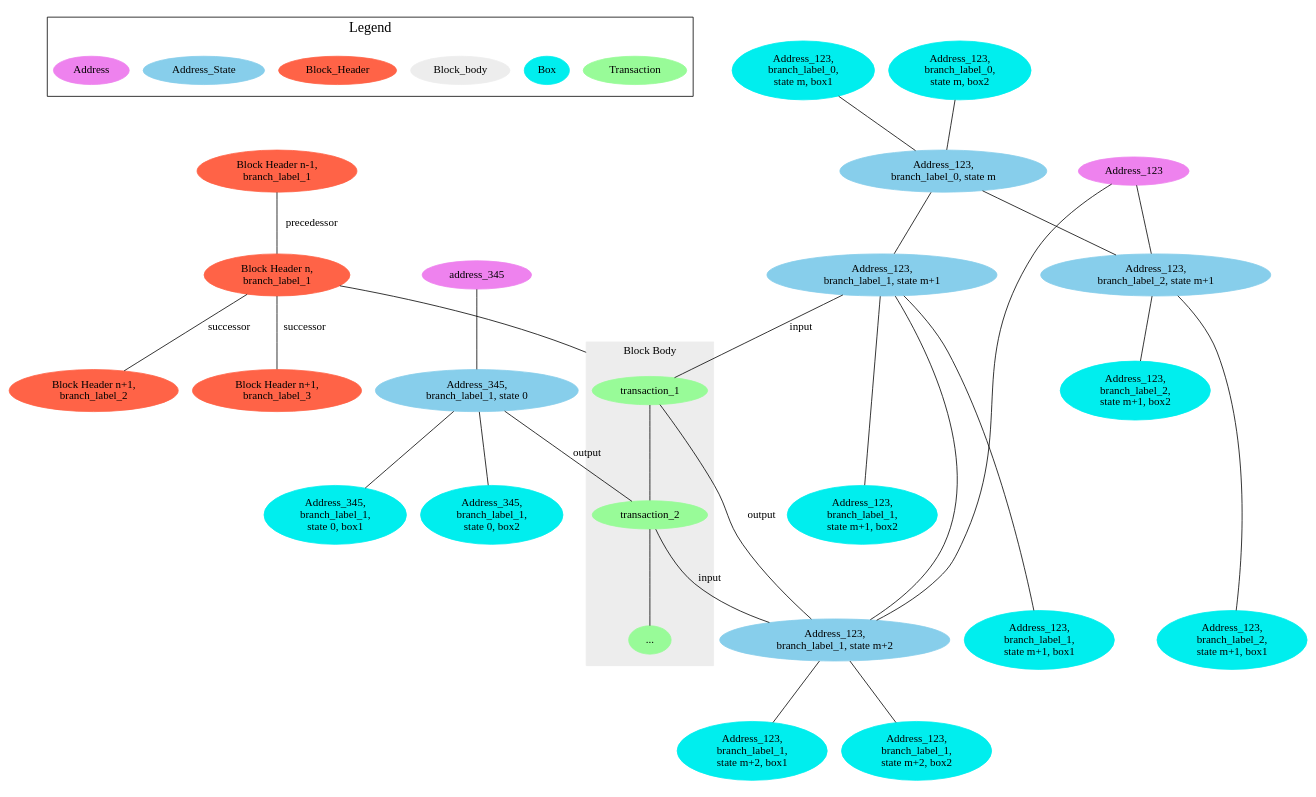
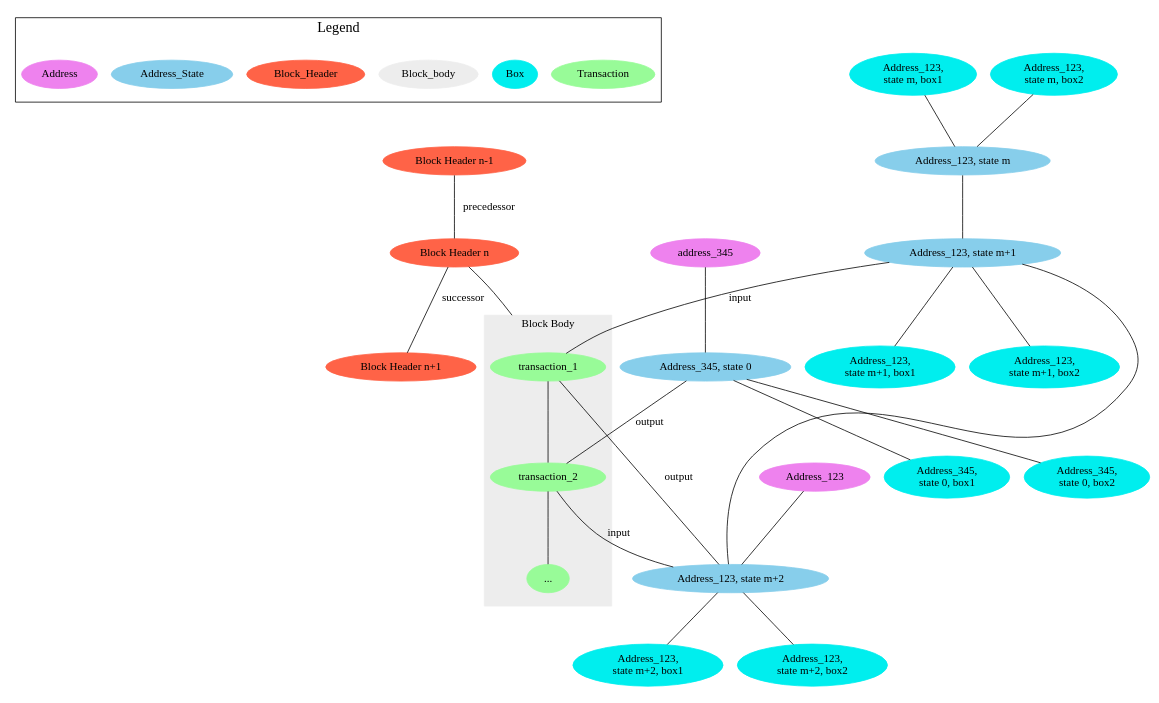
One commit to mgrand-topl/PlantUML_Sandbox changed the diagram in genus_block_data_model.dot. Above: the diagram before and after it, drawn with Graphviz.

Commit message:
no branches

```diff
--- a/genus_block_data_model.dot
+++ b/genus_block_data_model.dot
@@ -1,68 +1,60 @@
 graph g {
   subgraph cluster_legend {
     label=Legend
     fontsize=18
     Transaction [color=palegreen, style=filled]
     Box [color=cyan2, style=filled]
     Block_body [color=gray93, style=filled]
     Block_Header [color=tomato, style=filled]
     Address_State [color=skyblue, style=filled]
     Address [color=violet, style=filled]
   }
 
   ratio= 0.6;
   compound=true;
-  "Block Header n,\nbranch_label_1" [color=tomato, style=filled]
-  "Block Header n-1,\nbranch_label_1" [color=tomato, style=filled]
-  "Block Header n-1,\nbranch_label_1"
-  "Block Header n-1,\nbranch_label_1" -- "Block Header n,\nbranch_label_1" [label = "precedessor"];
-  "Block Header n,\nbranch_label_1" -- "Block Header n+1,\nbranch_label_2" [label = "successor"]
-  "Block Header n,\nbranch_label_1" -- "Block Header n+1,\nbranch_label_3" [label = "successor"]
-  "Block Header n,\nbranch_label_1"
-  "Block Header n,\nbranch_label_1" -- transaction_1 [lhead=cluster0]
-  "Block Header n+1,\nbranch_label_2" [color=tomato, style=filled]
-  "Block Header n+1,\nbranch_label_2"
-  "Block Header n+1,\nbranch_label_3" [color=tomato, style=filled]
+  "Block Header n" [color=tomato, style=filled]
+  "Block Header n-1" [color=tomato, style=filled]
+  "Block Header n-1"
+  "Block Header n-1" -- "Block Header n" [label = "precedessor"];
+  "Block Header n" -- "Block Header n+1" [label = "successor"]
+  "Block Header n"
+  "Block Header n" -- transaction_1 [lhead=cluster0]
+  "Block Header n+1" [color=tomato, style=filled]
+  "Block Header n+1"
 
   subgraph cluster0 {
     label = "Block Body"
     color=gray93
     style=filled
     "..." [color=palegreen, style=filled]
     transaction_1 -- transaction_2 -- "...";
   }
-  "Address_123,\nbranch_label_0,\nstate m, box1" [color=cyan2, style=filled]
-  "Address_123,\nbranch_label_0,\nstate m, box2" [color=cyan2, style=filled]
-  {"Address_123,\nbranch_label_0,\nstate m, box1" "Address_123,\nbranch_label_0,\nstate m, box2"} -- "Address_123,\nbranch_label_0, state m"
-  "Address_123,\nbranch_label_0, state m" [color=skyblue, style=filled]
-  "Address_123,\nbranch_label_0, state m" --  {"Address_123,\nbranch_label_1, state m+1" "Address_123,\nbranch_label_2, state m+1"}
-  "Address_123,\nbranch_label_1, state m+1" [color=skyblue, style=filled]
-  "Address_123,\nbranch_label_1,\nstate m+1, box1" [color=cyan2, style=filled]
-  "Address_123,\nbranch_label_1,\nstate m+1, box2" [color=cyan2, style=filled]
-  "Address_123,\nbranch_label_1, state m+1" -- "Address_123,\nbranch_label_1,\nstate m+1, box1" [minlen="3"]
-  "Address_123,\nbranch_label_1, state m+1" -- "Address_123,\nbranch_label_1,\nstate m+1, box2" [minlen="2"]
-  "Address_123,\nbranch_label_2,\nstate m+1, box1" [color=cyan2, style=filled]
-  "Address_123,\nbranch_label_2,\nstate m+1, box2" [color=cyan2, style=filled]
-  "Address_123,\nbranch_label_2, state m+1" [color=skyblue, style=filled]
-  "Address_123,\nbranch_label_2, state m+1" -- "Address_123,\nbranch_label_2,\nstate m+1, box1" [minlen="3"]
-  "Address_123,\nbranch_label_2, state m+1" -- "Address_123,\nbranch_label_2,\nstate m+1, box2"
-  "Address_123,\nbranch_label_1, state m+1" -- transaction_1 [label="input"]
-  "Address_123,\nbranch_label_1,\nstate m+2, box1" [color=cyan2, style=filled]
-  "Address_123,\nbranch_label_1,\nstate m+2, box2" [color=cyan2, style=filled]
-  "Address_123,\nbranch_label_1, state m+1" -- "Address_123,\nbranch_label_1, state m+2" -- {"Address_123,\nbranch_label_1,\nstate m+2, box1" "Address_123,\nbranch_label_1,\nstate m+2, box2"}
+  "Address_123,\nstate m, box1" [color=cyan2, style=filled]
+  "Address_123,\nstate m, box2" [color=cyan2, style=filled]
+  {"Address_123,\nstate m, box1" "Address_123,\nstate m, box2"} -- "Address_123, state m"
+  "Address_123, state m" [color=skyblue, style=filled]
+  "Address_123, state m" -- "Address_123, state m+1"
+  "Address_123, state m+1" [color=skyblue, style=filled]
+  "Address_123,\nstate m+1, box1" [color=cyan2, style=filled]
+  "Address_123,\nstate m+1, box2" [color=cyan2, style=filled]
+  "Address_123, state m+1" -- "Address_123,\nstate m+1, box1"
+  "Address_123, state m+1" -- "Address_123,\nstate m+1, box2"
+  "Address_123, state m+1" -- transaction_1 [label="input"]
+  "Address_123,\nstate m+2, box1" [color=cyan2, style=filled]
+  "Address_123,\nstate m+2, box2" [color=cyan2, style=filled]
+  "Address_123, state m+1" -- "Address_123, state m+2" -- {"Address_123,\nstate m+2, box1" "Address_123,\nstate m+2, box2"}
   transaction_1 [color=palegreen, style=filled]
-  "Address_123,\nbranch_label_1, state m+2" [color=skyblue, style=filled]
-  transaction_1 -- "Address_123,\nbranch_label_1, state m+2" [label = "output"]
+  "Address_123, state m+2" [color=skyblue, style=filled]
+  transaction_1 -- "Address_123, state m+2" [label = "output"]
   transaction_2 [color=palegreen, style=filled]
-  transaction_2 -- "Address_123,\nbranch_label_1, state m+2" [label="input"]
+  transaction_2 -- "Address_123, state m+2" [label="input"]
   Address_123 [color=violet, style=filled]
-  Address_123 -- "Address_123,\nbranch_label_1, state m+2"
-  Address_123 -- "Address_123,\nbranch_label_2, state m+1"
-  "Address_345,\nbranch_label_1, state 0" [color=skyblue, style=filled]
-  "Address_345,\nbranch_label_1, state 0" -- transaction_2 [label="output"]
-  "Address_345,\nbranch_label_1,\nstate 0, box1" [color=cyan2, style=filled]
-  "Address_345,\nbranch_label_1,\nstate 0, box2" [color=cyan2, style=filled]
-  "Address_345,\nbranch_label_1, state 0" -- {"Address_345,\nbranch_label_1,\nstate 0, box1" "Address_345,\nbranch_label_1,\nstate 0, box2"}
+  Address_123 -- "Address_123, state m+2"
+  "Address_345, state 0" [color=skyblue, style=filled]
+  "Address_345, state 0" -- transaction_2 [label="output"]
+  "Address_345,\nstate 0, box1" [color=cyan2, style=filled]
+  "Address_345,\nstate 0, box2" [color=cyan2, style=filled]
+  "Address_345, state 0" -- {"Address_345,\nstate 0, box1" "Address_345,\nstate 0, box2"}
   "address_345" [color=violet, style=filled]
-  "address_345" -- "Address_345,\nbranch_label_1, state 0"
+  "address_345" -- "Address_345, state 0"
 }
```
